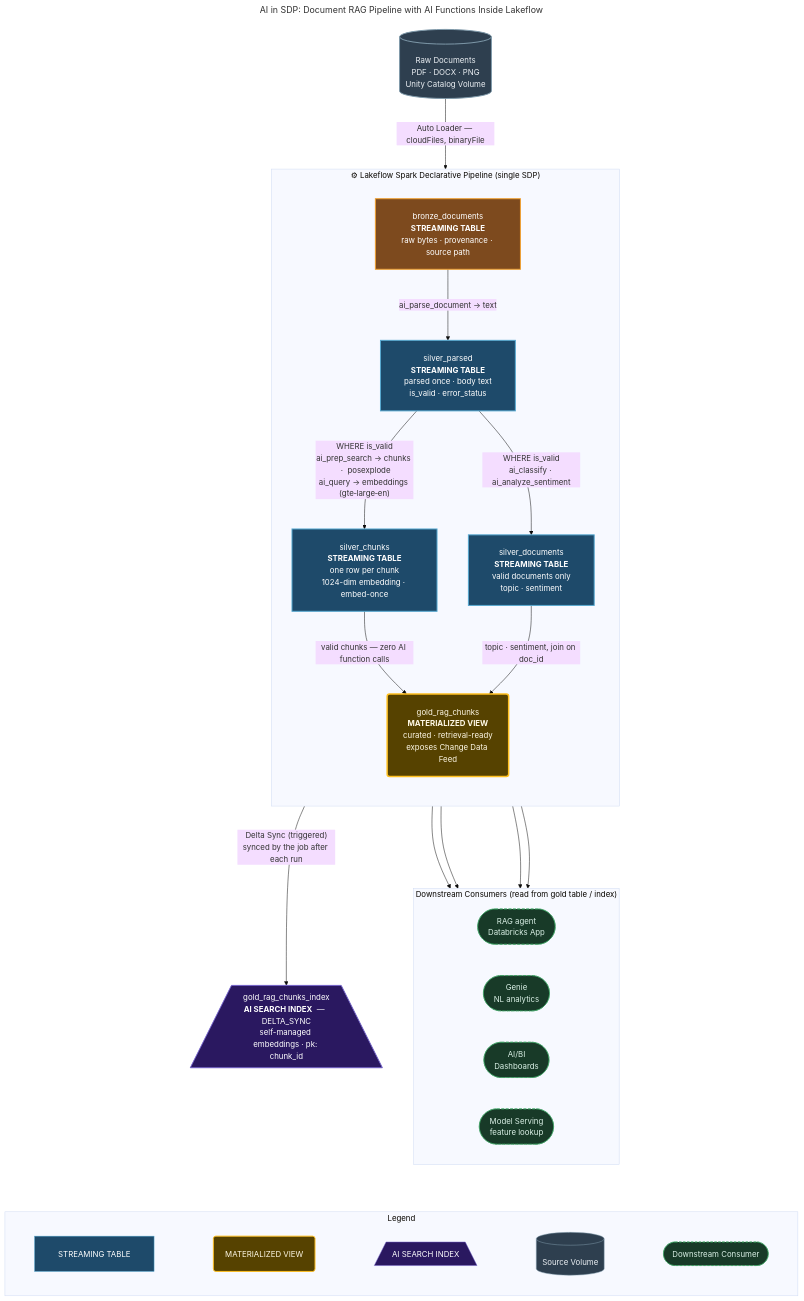
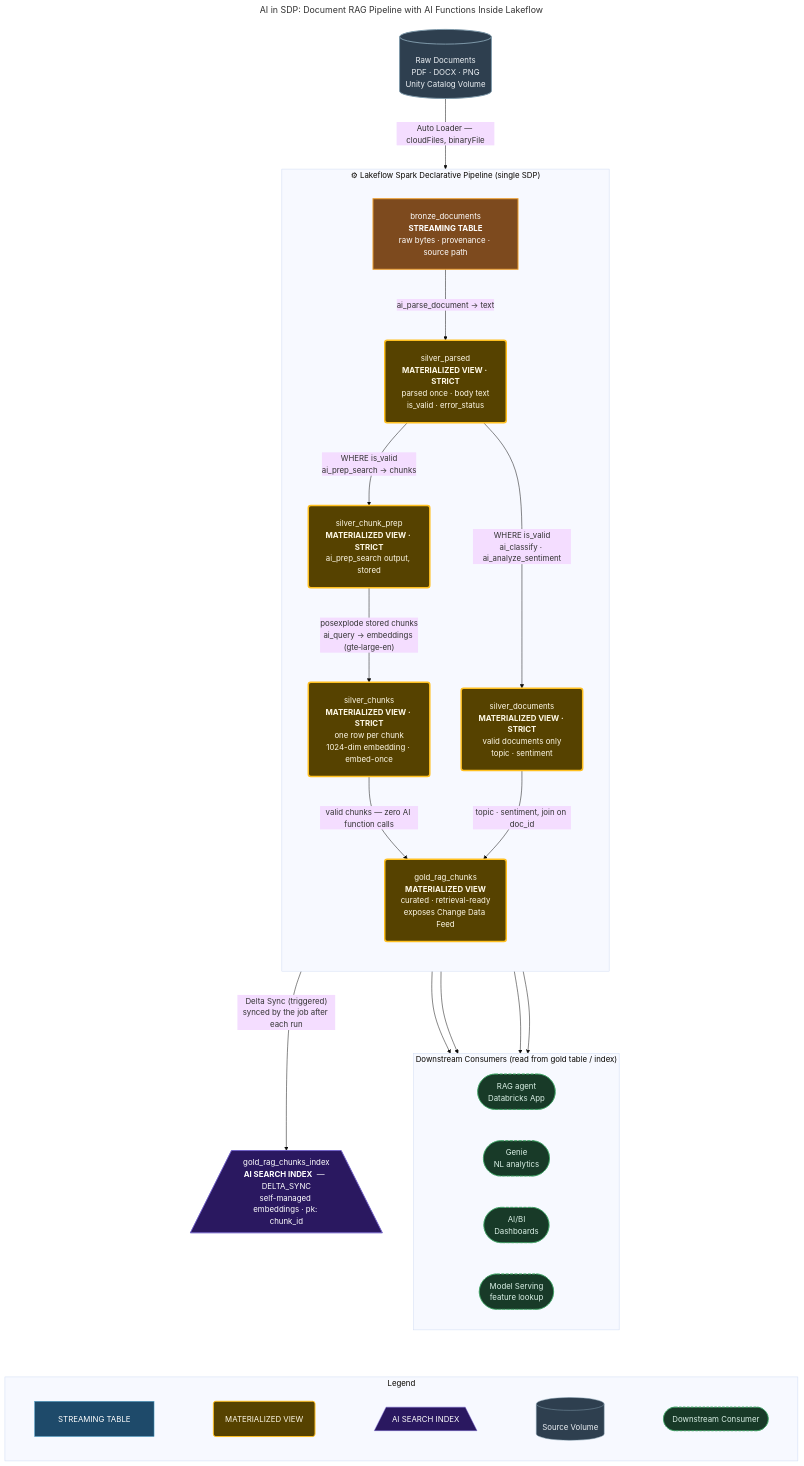
Before and after one commit to koritadenada/ai-sdp: the diagram in docs/ai_sdp_architecture.mmd, drawn with Mermaid. The commit also changed 19 other files, not shown here.

First line of the commit message:
Run AI Functions in materialized views with INCREMENTAL STRICT

```diff
--- a/docs/ai_sdp_architecture.mmd
+++ b/docs/ai_sdp_architecture.mmd
@@ -1,91 +1,94 @@
 ---
 title: "AI in SDP: Document RAG Pipeline with AI Functions Inside Lakeflow"
 ---
 %%{init: {"theme": "base", "flowchart": {"htmlLabels": true, "curve": "basis", "padding": 24, "nodeSpacing": 64, "rankSpacing": 96}}}%%
 flowchart TD
 
     %% ── CLASS DEFINITIONS ───────────────────────────────────────
     classDef volume   fill:#2e3f4f,stroke:#7f9aaa,color:#ecf0f4,stroke-width:2px
     classDef stBronze fill:#7d4a1e,stroke:#f0a030,color:#ffffff,stroke-width:2px
     classDef stSilver fill:#1e4a6a,stroke:#55a8d0,color:#ffffff,stroke-width:2px
     classDef mvGold   fill:#564200,stroke:#ffc020,color:#fff9e6,stroke-width:3px
     classDef vsIdx    fill:#2a1860,stroke:#7060c8,color:#ffffff,stroke-width:2px
     classDef consumer fill:#183a28,stroke:#38a060,color:#daf0e6,stroke-width:1px,stroke-dasharray:6 3
 
     %% ── LEGEND CLASSES ──────────────────────────────────────────
     classDef lgST  fill:#1e4a6a,stroke:#55a8d0,color:#ffffff,stroke-width:1px
     classDef lgMV  fill:#564200,stroke:#ffc020,color:#fff9e6,stroke-width:2px
     classDef lgVS  fill:#2a1860,stroke:#7060c8,color:#ffffff,stroke-width:1px
     classDef lgSrc fill:#2e3f4f,stroke:#7f9aaa,color:#ecf0f4,stroke-width:1px
     classDef lgCon fill:#183a28,stroke:#38a060,color:#daf0e6,stroke-width:1px,stroke-dasharray:5 3
 
     %% ── SOURCE VOLUME ───────────────────────────────────────────
     SRC[("Raw Documents<br/>PDF · DOCX · PNG<br/>Unity Catalog Volume")]
 
     %% ── LAKEFLOW SPARK DECLARATIVE PIPELINE ────────────────────
     subgraph PIPE["⚙  Lakeflow Spark Declarative Pipeline  (single SDP)"]
     direction TB
 
         BRONZE["bronze_documents<br/><b>STREAMING TABLE</b><br/>raw bytes · provenance · source path"]
 
-        SILVER_PAR["silver_parsed<br/><b>STREAMING TABLE</b><br/>parsed once · body text<br/>is_valid · error_status"]
+        SILVER_PAR("silver_parsed<br/><b>MATERIALIZED VIEW · STRICT</b><br/>parsed once · body text<br/>is_valid · error_status")
 
-        SILVER_DOC["silver_documents<br/><b>STREAMING TABLE</b><br/>valid documents only<br/>topic · sentiment"]
+        SILVER_DOC("silver_documents<br/><b>MATERIALIZED VIEW · STRICT</b><br/>valid documents only<br/>topic · sentiment")
 
-        SILVER_CHK["silver_chunks<br/><b>STREAMING TABLE</b><br/>one row per chunk<br/>1024-dim embedding · embed-once"]
+        SILVER_PREP("silver_chunk_prep<br/><b>MATERIALIZED VIEW · STRICT</b><br/>ai_prep_search output, stored")
+
+        SILVER_CHK("silver_chunks<br/><b>MATERIALIZED VIEW · STRICT</b><br/>one row per chunk<br/>1024-dim embedding · embed-once")
 
         GOLD("gold_rag_chunks<br/><b>MATERIALIZED VIEW</b><br/>curated · retrieval-ready<br/>exposes Change Data Feed")
 
     end
 
     %% ── PIPELINE EDGES ──────────────────────────────────────────
     SRC        -->|"Auto Loader — cloudFiles, binaryFile"| BRONZE
     BRONZE     -->|"ai_parse_document → text"| SILVER_PAR
     SILVER_PAR -->|"WHERE is_valid<br/>ai_classify · ai_analyze_sentiment"| SILVER_DOC
-    SILVER_PAR -->|"WHERE is_valid<br/>ai_prep_search → chunks  ·  posexplode<br/>ai_query → embeddings (gte‑large‑en)"| SILVER_CHK
+    SILVER_PAR -->|"WHERE is_valid<br/>ai_prep_search → chunks"| SILVER_PREP
+    SILVER_PREP -->|"posexplode stored chunks<br/>ai_query → embeddings (gte‑large‑en)"| SILVER_CHK
     SILVER_CHK -->|"valid chunks — zero AI function calls"| GOLD
     SILVER_DOC -->|"topic · sentiment, join on doc_id"| GOLD
 
     %% ── VECTOR SEARCH INDEX + CONSUMERS (parallel) ──────────────
     VSIDX[/"gold_rag_chunks_index<br/><b>AI SEARCH INDEX</b>  —  DELTA_SYNC<br/>self-managed embeddings · pk: chunk_id"\]
 
     subgraph CONS["Downstream Consumers  (read from gold table / index)"]
     direction LR
         C1(["RAG agent<br/>Databricks App"])
         C2(["Genie<br/>NL analytics"])
         C3(["AI/BI<br/>Dashboards"])
         C4(["Model Serving<br/>feature lookup"])
     end
 
     GOLD -->|"Delta Sync (triggered)<br/>synced by the job after each run"| VSIDX
     GOLD --> C1
     GOLD --> C2
     GOLD --> C3
     GOLD --> C4
 
     %% ── LEGEND (placed below via invisible anchor) ───────────────
     subgraph LEG["Legend"]
     direction LR
         L1["STREAMING TABLE"]
         L2("MATERIALIZED VIEW")
         L3[/"AI SEARCH INDEX"\]
         L4[("Source Volume")]
         L5(["Downstream Consumer"])
         L1 ~~~ L2 ~~~ L3 ~~~ L4 ~~~ L5
     end
 
     VSIDX ~~~ LEG
     CONS  ~~~ LEG
 
     %% ── CLASS ASSIGNMENTS ───────────────────────────────────────
     class SRC volume
     class BRONZE stBronze
-    class SILVER_PAR,SILVER_DOC,SILVER_CHK stSilver
+    class SILVER_PAR,SILVER_DOC,SILVER_PREP,SILVER_CHK mvGold
     class GOLD mvGold
     class VSIDX vsIdx
     class C1,C2,C3,C4 consumer
     class L1 lgST
     class L2 lgMV
     class L3 lgVS
     class L4 lgSrc
     class L5 lgCon
```
